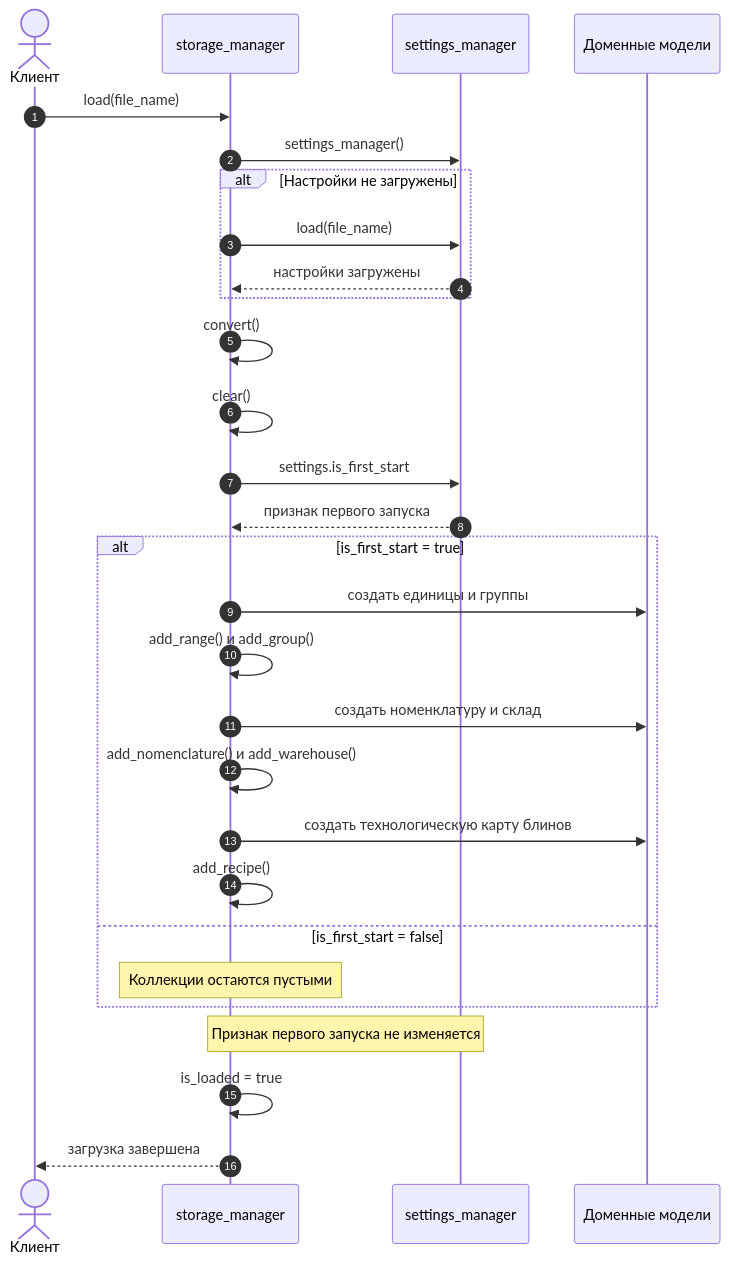
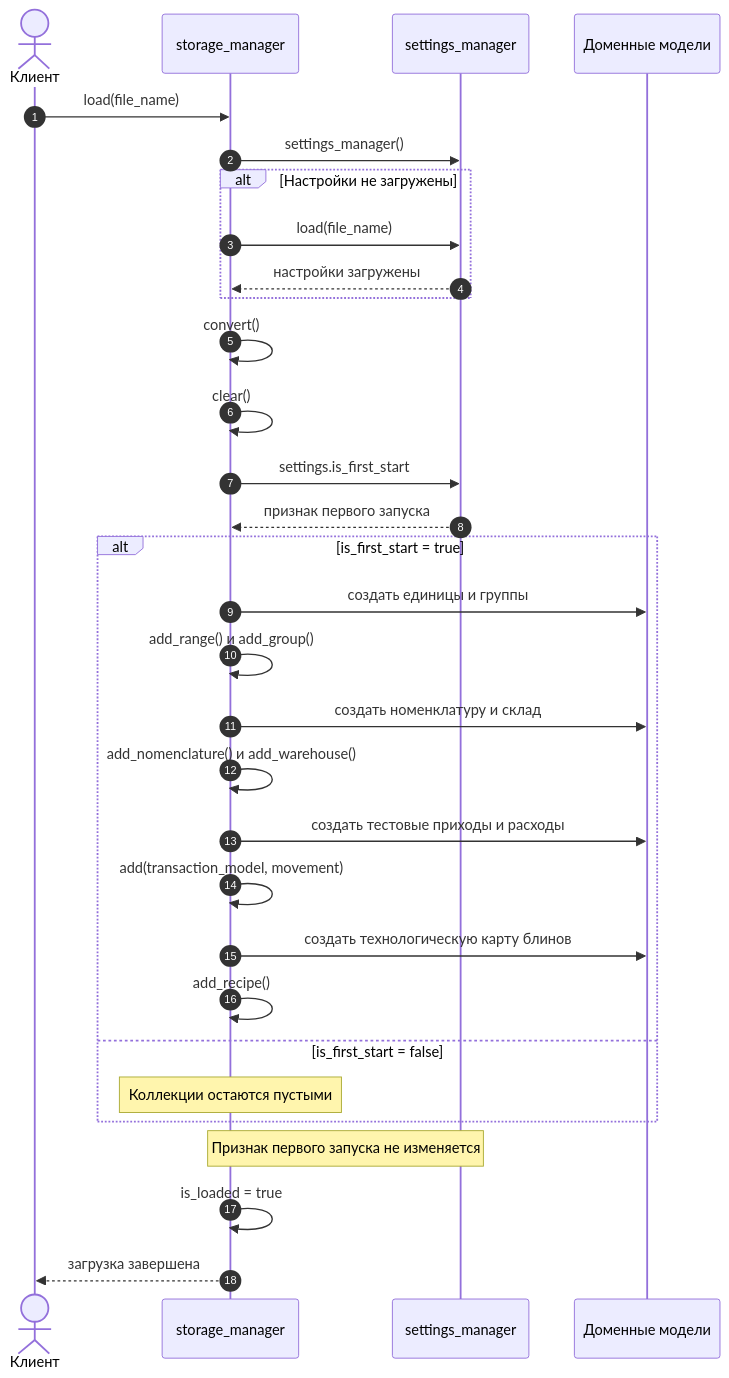
One commit to NikShep21/patterns2026 changed the second of 2 diagrams in Docs/UML/StorageManager.md. Above: the diagram before and after it, drawn with Mermaid. The commit also changed other lines of this file and 7 other files, not shown here.

````diff
--- a/Docs/UML/StorageManager.md
+++ b/Docs/UML/StorageManager.md
@@ -157,36 +172,38 @@
 ```mermaid
 sequenceDiagram
     autonumber
     actor Client as Клиент
     participant Storage as storage_manager
     participant Settings as settings_manager
     participant Models as Доменные модели
 
     Client->>Storage: load(file_name)
     Storage->>Settings: settings_manager()
 
     alt Настройки не загружены
         Storage->>Settings: load(file_name)
         Settings-->>Storage: настройки загружены
     end
 
     Storage->>Storage: convert()
     Storage->>Storage: clear()
     Storage->>Settings: settings.is_first_start
     Settings-->>Storage: признак первого запуска
 
     alt is_first_start = true
         Storage->>Models: создать единицы и группы
         Storage->>Storage: add_range() и add_group()
         Storage->>Models: создать номенклатуру и склад
         Storage->>Storage: add_nomenclature() и add_warehouse()
+        Storage->>Models: создать тестовые приходы и расходы
+        Storage->>Storage: add(transaction_model, movement)
         Storage->>Models: создать технологическую карту блинов
         Storage->>Storage: add_recipe()
     else is_first_start = false
         Note over Storage: Коллекции остаются пустыми
     end
 
     Note over Storage,Settings: Признак первого запуска не изменяется
     Storage->>Storage: is_loaded = true
     Storage-->>Client: загрузка завершена
 ```
````
